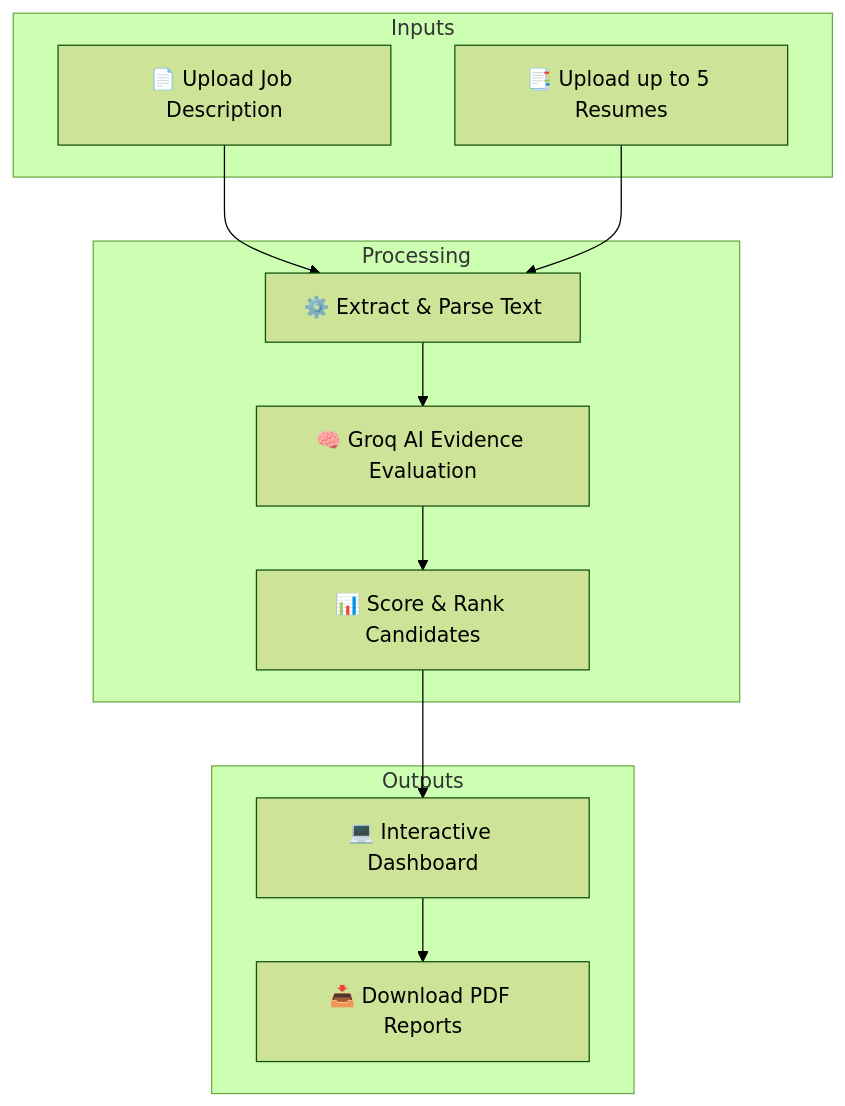
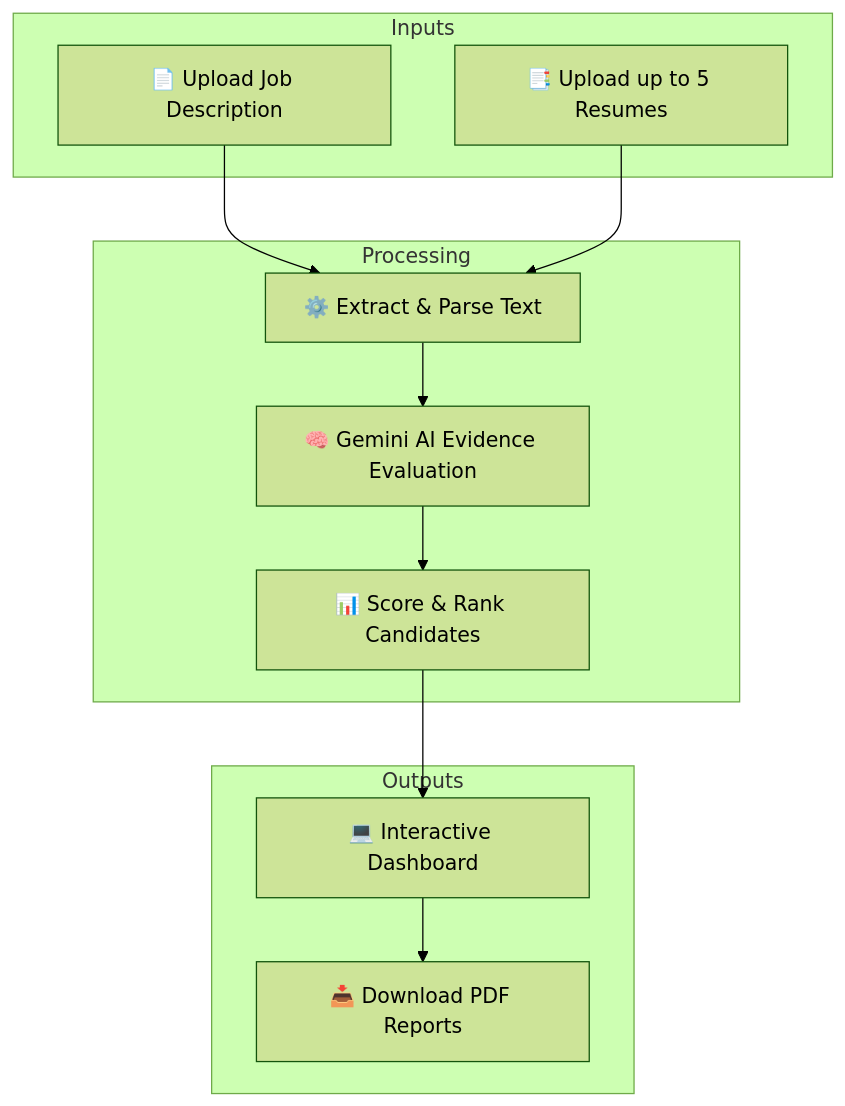
The first of 2 diagrams in README.md (Saravanan2005real/AI-Powered-Resume-JD-analyzer), drawn with Mermaid (forest theme) before and after one commit. The commit also changed other lines of this file and 18 other files, not shown here.

````diff
--- a/README.md
+++ b/README.md
@@ -7,25 +7,25 @@
 ```mermaid
 flowchart TD
     subgraph Inputs
     A["📄 Upload Job Description"]
     B["📑 Upload up to 5 Resumes"]
     end
     
     subgraph Processing
     C["⚙️ Extract & Parse Text"]
-    D["🧠 Groq AI Evidence Evaluation"]
+    D["🧠 Gemini AI Evidence Evaluation"]
     E["📊 Score & Rank Candidates"]
     end
     
     subgraph Outputs
     F["💻 Interactive Dashboard"]
     G["📥 Download PDF Reports"]
     end
     
     A --> C
     B --> C
     C --> D
     D --> E
     E --> F
     F --> G
 ```
````
